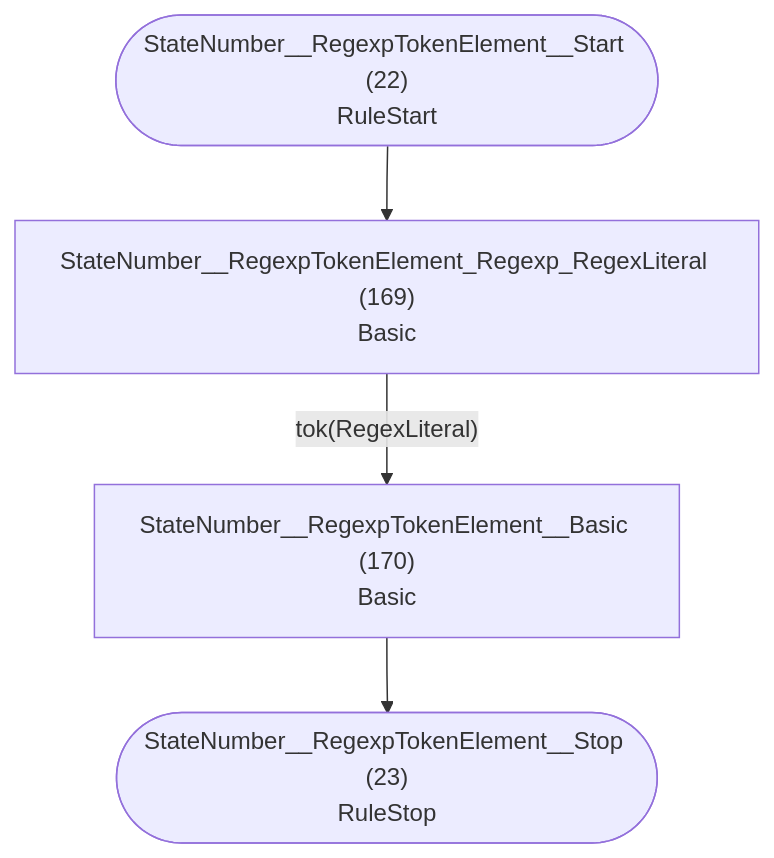
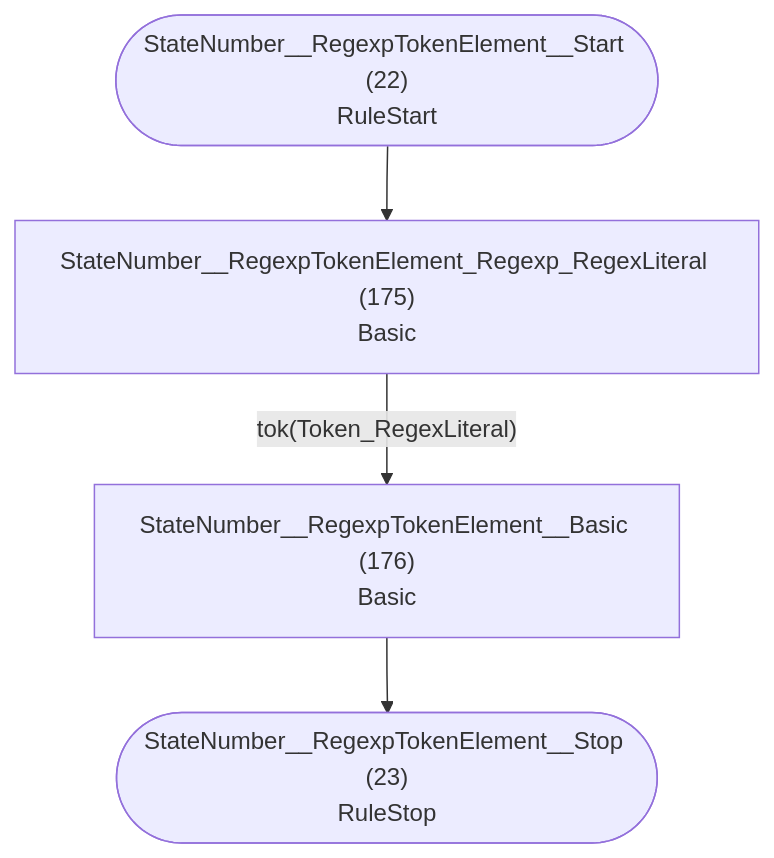
Diagram 12 of 36 in internal/grammar/atn.md (TypeFox/fastbelt), drawn with Mermaid before and after one commit. The commit also changed other lines of this file and 6 other files, not shown here.

````diff
--- a/internal/grammar/atn.md
+++ b/internal/grammar/atn.md
@@ -343,11 +343,11 @@
 ```mermaid
 flowchart TD
     q22(["StateNumber__RegexpTokenElement__Start (22)<br/>RuleStart"])
     q23(["StateNumber__RegexpTokenElement__Stop (23)<br/>RuleStop"])
-    q169["StateNumber__RegexpTokenElement_Regexp_RegexLiteral (169)<br/>Basic<br/>"]
-    q170["StateNumber__RegexpTokenElement__Basic (170)<br/>Basic<br/>"]
+    q175["StateNumber__RegexpTokenElement_Regexp_RegexLiteral (175)<br/>Basic<br/>"]
+    q176["StateNumber__RegexpTokenElement__Basic (176)<br/>Basic<br/>"]
 
-    q22 --> q169
-    q169 -->|"tok(RegexLiteral)"| q170
-    q170 --> q23
+    q22 --> q175
+    q175 -->|"tok(Token_RegexLiteral)"| q176
+    q176 --> q23
 ```
````
